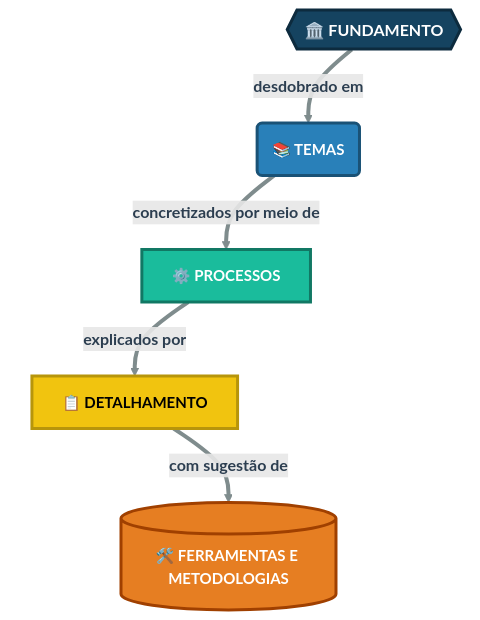
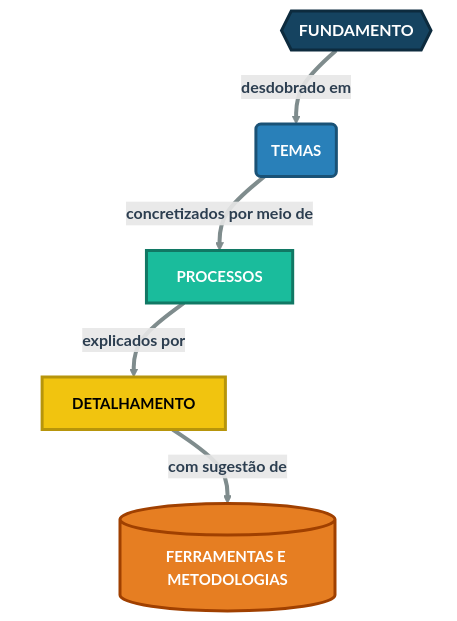
The fifth of 10 diagrams in chapters/cap2-modelos-gestao.qmd (rafasfer2/MiningAnalyticsBook), drawn with Mermaid before and after one commit. The commit also changed other lines of this file and 3 other files, not shown here.

Commit message:
Cap2: corrigir render dos diagramas Mermaid e atualizar output

````diff
--- a/chapters/cap2-modelos-gestao.qmd
+++ b/chapters/cap2-modelos-gestao.qmd
@@ -681,64 +620,64 @@
 ```{mermaid}
 %%| label: fig-cascata-implementacao
 %%| fig-cap: "Cascata de Implementação: Do Fundamento à Ferramenta"
 
 flowchart TD
 
     %% --- CONFIGURAÇÃO DE ESTILOS (Cascata do Abstrato para o Prático) ---
     classDef fund fill:#154360,stroke:#0d2b3e,stroke-width:3px,color:#ffffff,font-size:16px,font-weight:bold
     classDef tema fill:#2980b9,stroke:#1a5276,stroke-width:3px,color:#ffffff,font-size:15px,font-weight:bold
     classDef proc fill:#1abc9c,stroke:#117864,stroke-width:3px,color:#ffffff,font-size:15px,font-weight:bold
     classDef deta fill:#f1c40f,stroke:#b7950b,stroke-width:3px,color:#000000,font-size:15px,font-weight:bold
     classDef tool fill:#e67e22,stroke:#a04000,stroke-width:3px,color:#ffffff,font-size:15px,font-weight:bold
 
     %% Classe para ocultar os nós fantasmas que forçam o layout em escada
     classDef ghost fill:none,stroke:none,color:transparent
 
     %% --- ESTRUTURA DOS NÓS REAIS ---
-    F{{"🏛️ FUNDAMENTO"}}
-    T("📚 TEMAS")
-    P["⚙️ PROCESSOS"]
-    D["📋 DETALHAMENTO"]
-    M[("🛠️ FERRAMENTAS E METODOLOGIAS")]
+    F{{"FUNDAMENTO"}}
+    T("TEMAS")
+    P["PROCESSOS"]
+    D["DETALHAMENTO"]
+    M[("FERRAMENTAS E METODOLOGIAS")]
 
     %% NÓS INVISÍVEIS PARA FORÇAR A ESCADA
     i1[" "]
     i2[" "]
     i3[" "]
     i4[" "]
 
     %% --- CONEXÕES (A ordem das linhas empurra o fluxo para a direita) ---
 
     %% Nível 1
     F --- i1
     F == "desdobrado em" ==> T
 
     %% Nível 2
     T --- i2
     T == "concretizados por meio de" ==> P
 
     %% Nível 3
     P --- i3
     P == "explicados por" ==> D
 
     %% Nível 4
     D --- i4
     D == "com sugestão de" ==> M
 
     %% --- CONTROLE DE VISIBILIDADE DAS LINHAS ---
     %% Esconde as linhas que ligam aos nós fantasmas (Índices pares)
     linkStyle 0,2,4,6 stroke:none,fill:none,color:transparent
 
     %% Engrossa e destaca as linhas reais da sua escada (Índices ímpares)
     linkStyle 1,3,5,7 stroke:#7f8c8d,stroke-width:4px,color:#2c3e50,font-weight:bold
 
     %% --- APLICAÇÃO DOS ESTILOS ---
     class F fund;
     class T tema;
     class P proc;
     class D deta;
     class M tool;
 
     %% Aplicando a invisibilidade aos nós de apoio
     class i1,i2,i3,i4 ghost;
 ```
````
